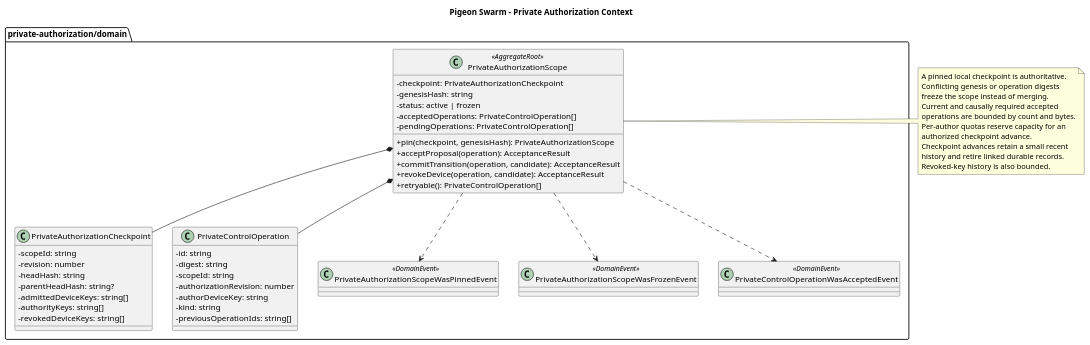
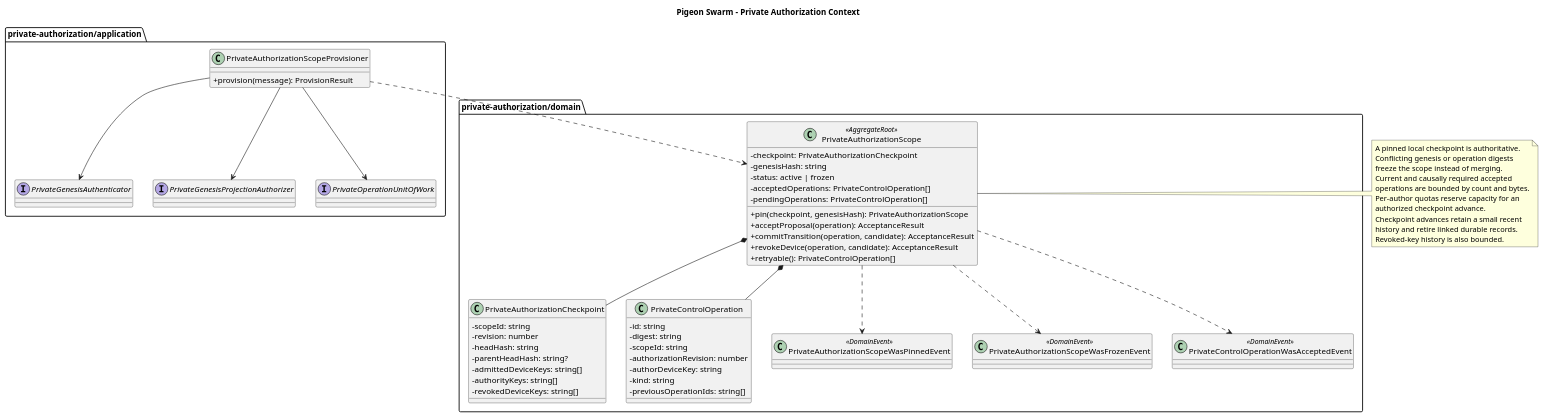
One commit to haskou/pigeon-swarm-node changed the diagram in src/contexts/private-authorization/_docs/PrivateAuthorizationClasses.puml. Above: the diagram before and after it, drawn with PlantUML. The commit also changed 26 other files, not shown here.

Commit message:
fix(security): 🔒 Provision verified private genesis

```diff
--- a/src/contexts/private-authorization/_docs/PrivateAuthorizationClasses.puml
+++ b/src/contexts/private-authorization/_docs/PrivateAuthorizationClasses.puml
@@ -1,65 +1,80 @@
 @startuml PrivateAuthorizationClasses
 
 title Pigeon Swarm - Private Authorization Context
 
 skinparam classAttributeIconSize 0
 
 package "private-authorization/domain" {
   class PrivateAuthorizationScope <<AggregateRoot>> {
     -checkpoint: PrivateAuthorizationCheckpoint
     -genesisHash: string
     -status: active | frozen
     -acceptedOperations: PrivateControlOperation[]
     -pendingOperations: PrivateControlOperation[]
     +pin(checkpoint, genesisHash): PrivateAuthorizationScope
     +acceptProposal(operation): AcceptanceResult
     +commitTransition(operation, candidate): AcceptanceResult
     +revokeDevice(operation, candidate): AcceptanceResult
     +retryable(): PrivateControlOperation[]
   }
 
   class PrivateAuthorizationCheckpoint {
     -scopeId: string
     -revision: number
     -headHash: string
     -parentHeadHash: string?
     -admittedDeviceKeys: string[]
     -authorityKeys: string[]
     -revokedDeviceKeys: string[]
   }
 
   class PrivateControlOperation {
     -id: string
     -digest: string
     -scopeId: string
     -authorizationRevision: number
     -authorDeviceKey: string
     -kind: string
     -previousOperationIds: string[]
   }
 
   class PrivateAuthorizationScopeWasPinnedEvent <<DomainEvent>>
   class PrivateAuthorizationScopeWasFrozenEvent <<DomainEvent>>
   class PrivateControlOperationWasAcceptedEvent <<DomainEvent>>
 
   PrivateAuthorizationScope *-- PrivateAuthorizationCheckpoint
   PrivateAuthorizationScope *-- PrivateControlOperation
   PrivateAuthorizationScope ..> PrivateAuthorizationScopeWasPinnedEvent
   PrivateAuthorizationScope ..> PrivateAuthorizationScopeWasFrozenEvent
   PrivateAuthorizationScope ..> PrivateControlOperationWasAcceptedEvent
 }
 
+package "private-authorization/application" {
+  class PrivateAuthorizationScopeProvisioner {
+    +provision(message): ProvisionResult
+  }
+
+  interface PrivateGenesisAuthenticator
+  interface PrivateGenesisProjectionAuthorizer
+  interface PrivateOperationUnitOfWork
+
+  PrivateAuthorizationScopeProvisioner --> PrivateGenesisAuthenticator
+  PrivateAuthorizationScopeProvisioner --> PrivateGenesisProjectionAuthorizer
+  PrivateAuthorizationScopeProvisioner --> PrivateOperationUnitOfWork
+  PrivateAuthorizationScopeProvisioner ..> PrivateAuthorizationScope
+}
+
 note right of PrivateAuthorizationScope
   A pinned local checkpoint is authoritative.
   Conflicting genesis or operation digests
   freeze the scope instead of merging.
   Current and causally required accepted
   operations are bounded by count and bytes.
   Per-author quotas reserve capacity for an
   authorized checkpoint advance.
   Checkpoint advances retain a small recent
   history and retire linked durable records.
   Revoked-key history is also bounded.
 end note
 
 @enduml
```
